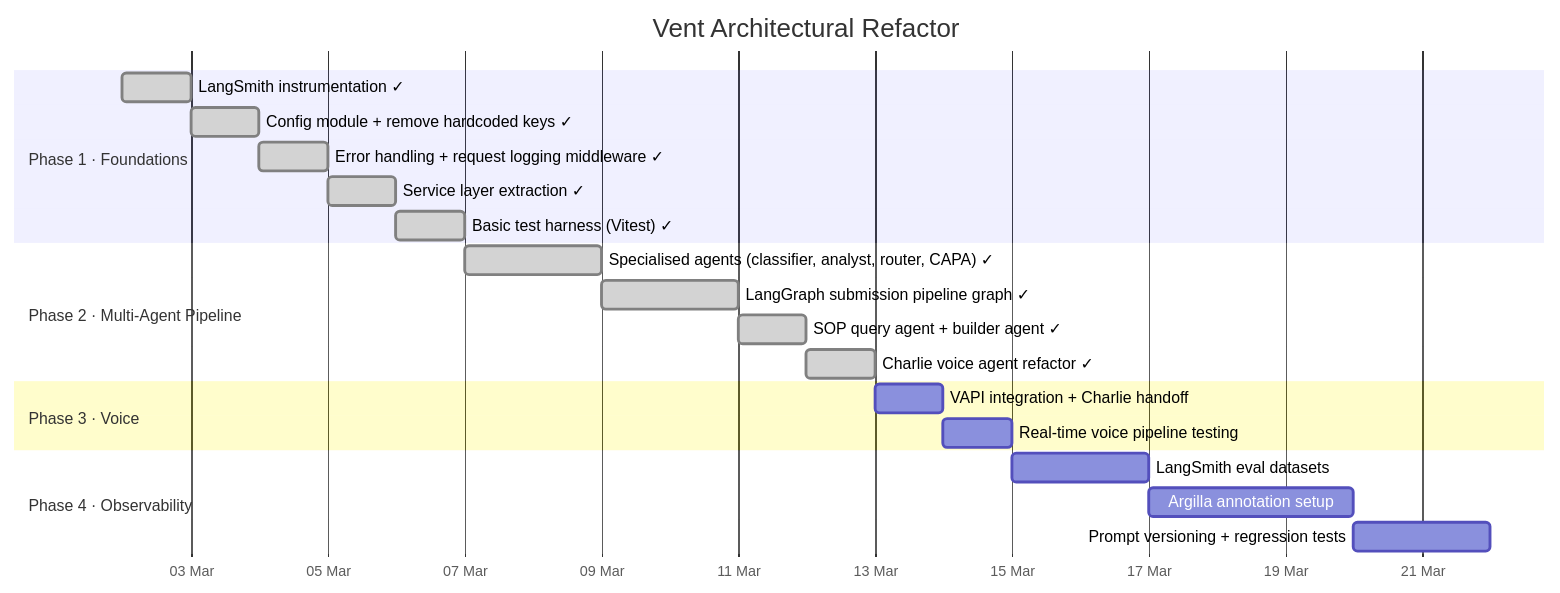
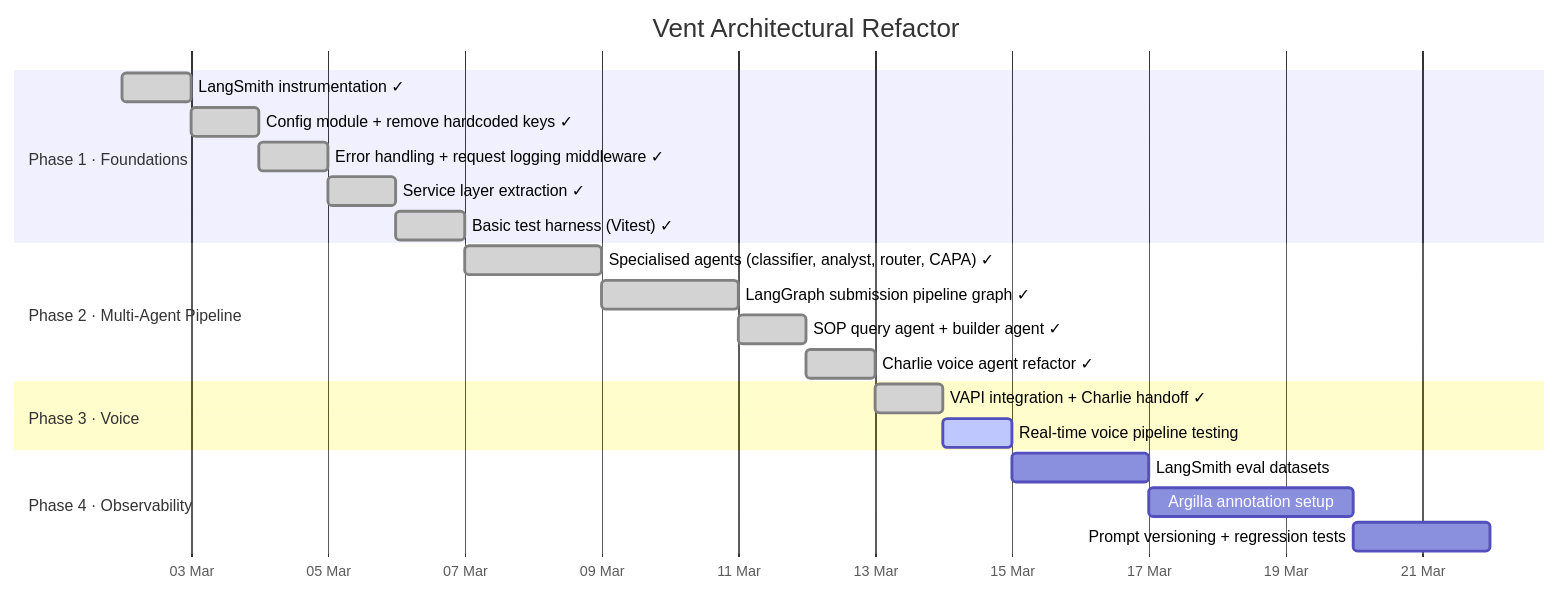
One commit to Doherd33/vent changed the first of 2 diagrams in project/ROADMAP.md. Above: the diagram before and after it, drawn with Mermaid. The commit also changed 6 other files, not shown here.

First line of the commit message:
Phase 3a: VAPI integration + Charlie handoff

````diff
--- a/project/ROADMAP.md
+++ b/project/ROADMAP.md
@@ -10,28 +10,28 @@
 ```mermaid
 gantt
     title Vent Architectural Refactor
     dateFormat  YYYY-MM-DD
     axisFormat  %d %b
 
     section Phase 1 · Foundations
     LangSmith instrumentation ✓        :done, p1a, 2026-03-02, 1d
     Config module + remove hardcoded keys ✓ :done, p1b, after p1a, 1d
     Error handling + request logging middleware ✓ :done, p1d, after p1b, 1d
     Service layer extraction ✓         :done, p1c, after p1d, 1d
     Basic test harness (Vitest) ✓      :done, p1e, after p1c, 1d
 
     section Phase 2 · Multi-Agent Pipeline
     Specialised agents (classifier, analyst, router, CAPA) ✓ :done, p2a, after p1e, 2d
     LangGraph submission pipeline graph ✓ :done, p2b, after p2a, 2d
     SOP query agent + builder agent ✓  :done, p2c, after p2b, 1d
     Charlie voice agent refactor ✓     :done, p2d, after p2c, 1d
 
     section Phase 3 · Voice
-    VAPI integration + Charlie handoff  :p3a, after p2d, 1d
-    Real-time voice pipeline testing    :p3b, after p3a, 1d
+    VAPI integration + Charlie handoff ✓ :done, p3a, after p2d, 1d
+    Real-time voice pipeline testing    :active, p3b, after p3a, 1d
 
     section Phase 4 · Observability
     LangSmith eval datasets            :p4a, after p3b, 2d
     Argilla annotation setup           :p4b, after p4a, 3d
     Prompt versioning + regression tests :p4c, after p4b, 2d
 ```
````
